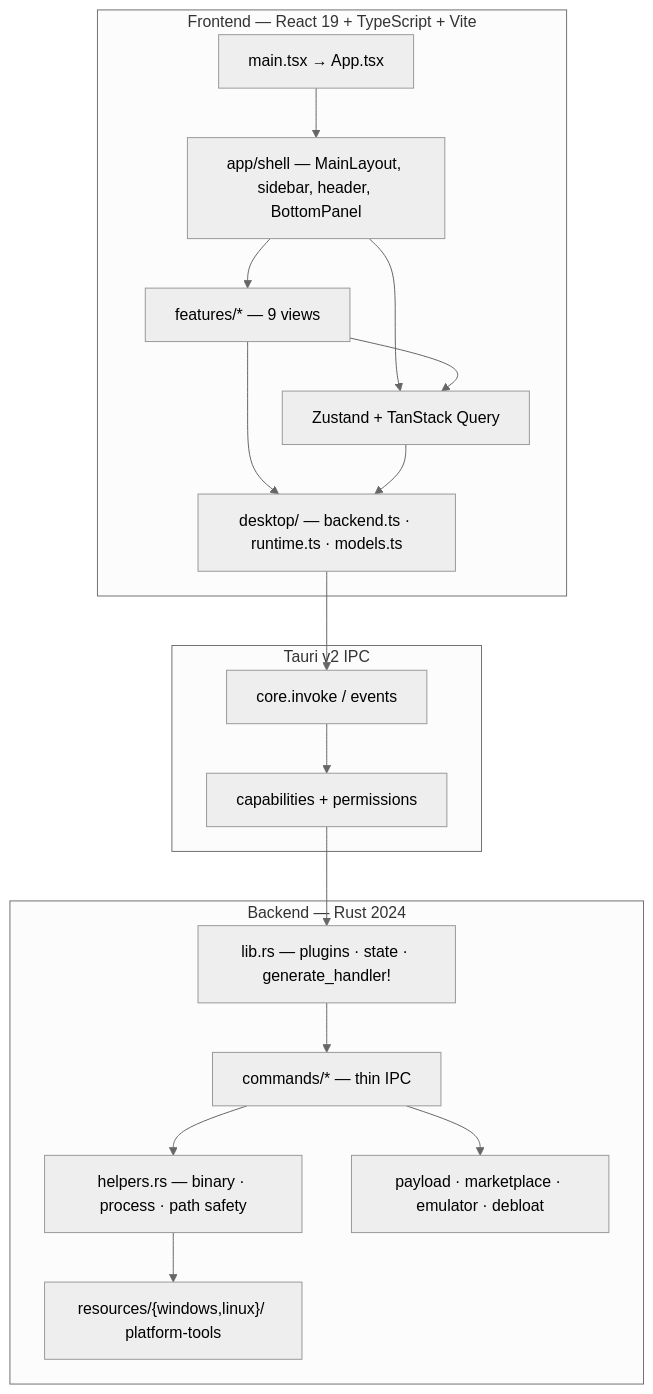
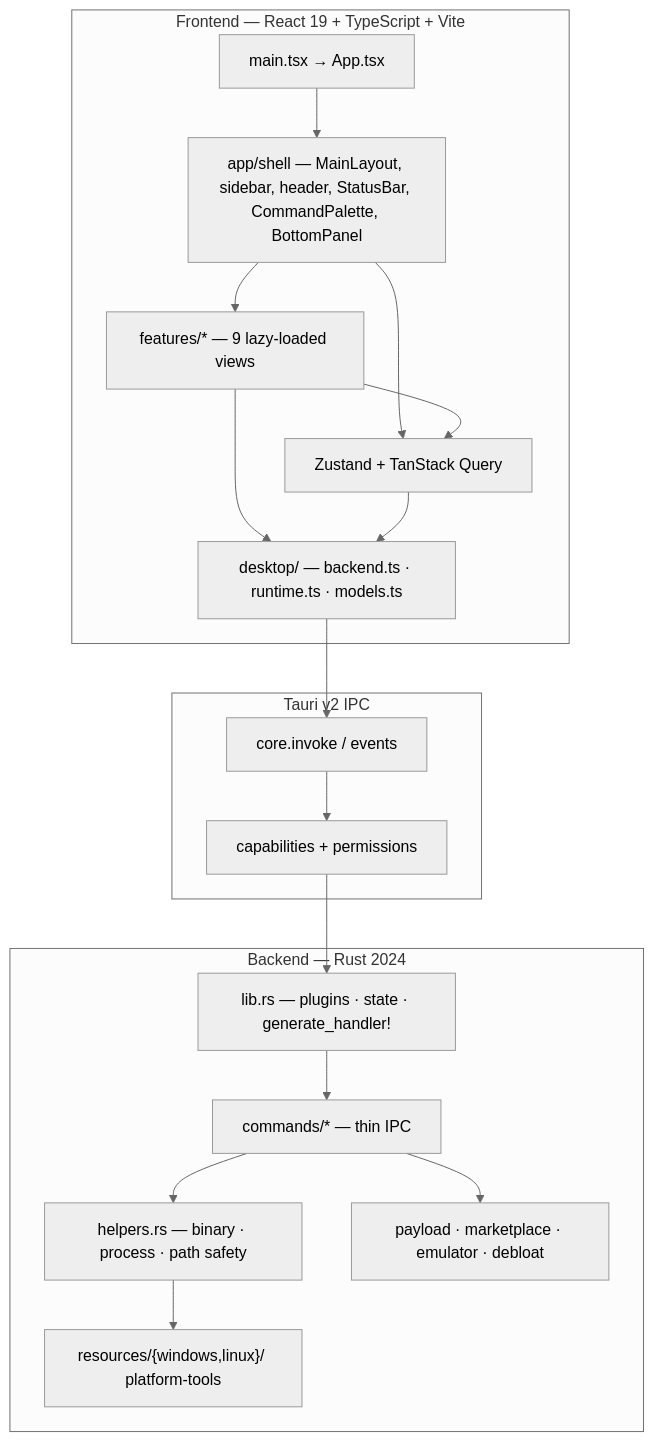
The second of 8 diagrams in docs/architecture.md (mohdakil2426/adb-gui-next), drawn with Mermaid (neutral theme) before and after one commit. The commit also changed other lines of this file and 12 other files, not shown here.

First line of the commit message:
docs: record the v2 architecture, adaptivity model and dependency constraints

````diff
--- a/docs/architecture.md
+++ b/docs/architecture.md
@@ -105,35 +107,35 @@
 ```mermaid
 flowchart TB
   subgraph FE["Frontend — React 19 + TypeScript + Vite"]
     entry["main.tsx → App.tsx"]
-    shell["app/shell — MainLayout, sidebar, header, BottomPanel"]
-    views["features/* — 9 views"]
+    shell["app/shell — MainLayout, sidebar, header, StatusBar, CommandPalette, BottomPanel"]
+    views["features/* — 9 lazy-loaded views"]
     stores["Zustand + TanStack Query"]
     desktop["desktop/ — backend.ts · runtime.ts · models.ts"]
     entry --> shell --> views
     shell --> stores
     views --> stores
     views --> desktop
     stores --> desktop
   end
 
   subgraph IPC["Tauri v2 IPC"]
     invoke["core.invoke / events"]
     acl["capabilities + permissions"]
   end
 
   subgraph BE["Backend — Rust 2024"]
     lib["lib.rs — plugins · state · generate_handler!"]
     cmds["commands/* — thin IPC"]
     helpers["helpers.rs — binary · process · path safety"]
     domain["payload · marketplace · emulator · debloat"]
     resources["resources/{windows,linux}/ platform-tools"]
     lib --> cmds
     cmds --> helpers
     cmds --> domain
     helpers --> resources
   end
 
   desktop --> invoke
   invoke --> acl --> lib
 ```
````
